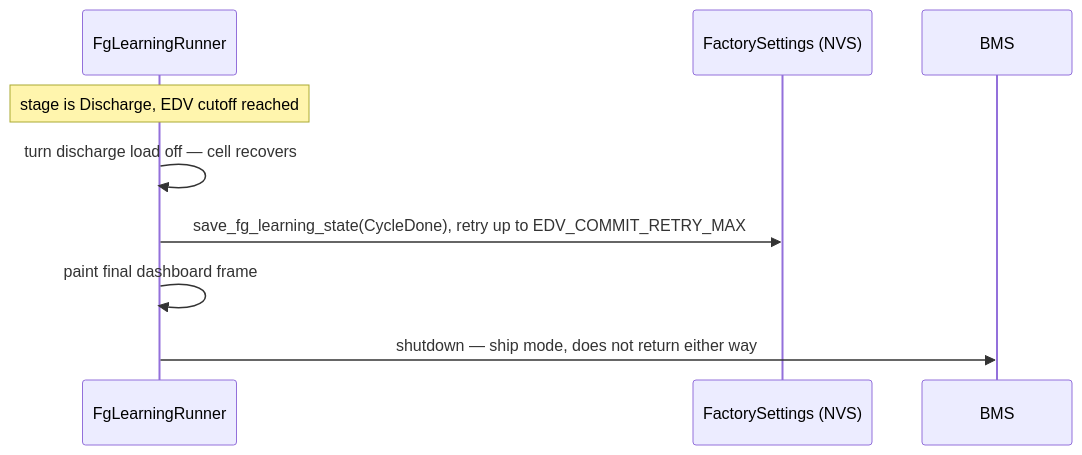
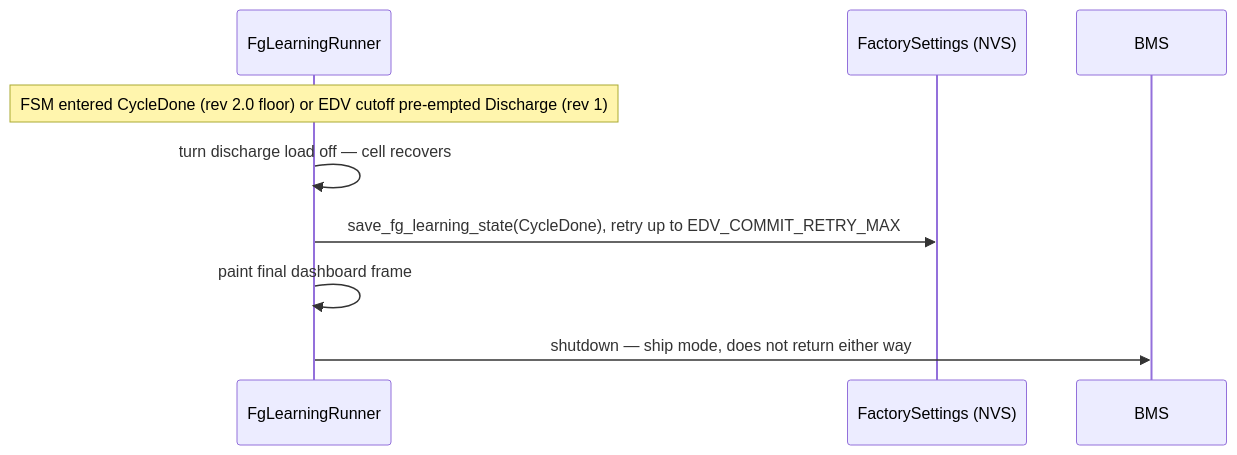
Before and after one commit to Open-Air-Foundation/firmware-core: the third of 3 diagrams in products/go/docs/fg_learning.md, drawn with Mermaid. The commit also changed other lines of this file and 14 other files, not shown here.

````diff
--- a/products/go/docs/fg_learning.md
+++ b/products/go/docs/fg_learning.md
@@ -251,11 +260,11 @@
 ```mermaid
 sequenceDiagram
     participant R as FgLearningRunner
     participant F as FactorySettings (NVS)
     participant B as BMS
-    Note over R: stage is Discharge, EDV cutoff reached
+    Note over R: FSM entered CycleDone (rev 2.0 floor) or EDV cutoff pre-empted Discharge (rev 1)
     R->>R: turn discharge load off — cell recovers
     R->>F: save_fg_learning_state(CycleDone), retry up to EDV_COMMIT_RETRY_MAX
     R->>R: paint final dashboard frame
     R->>B: shutdown — ship mode, does not return either way
 ```
````
